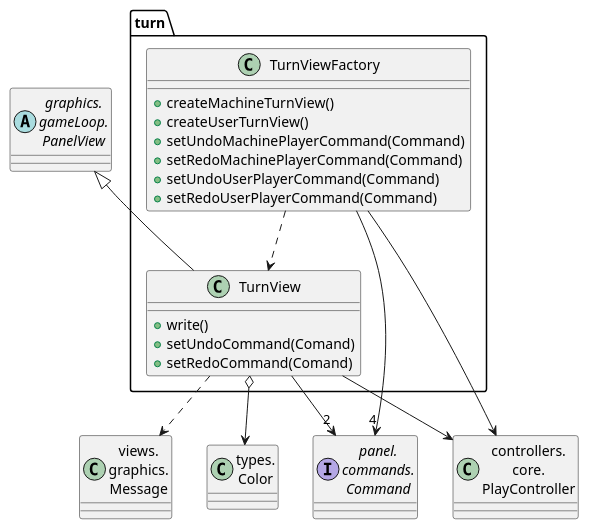
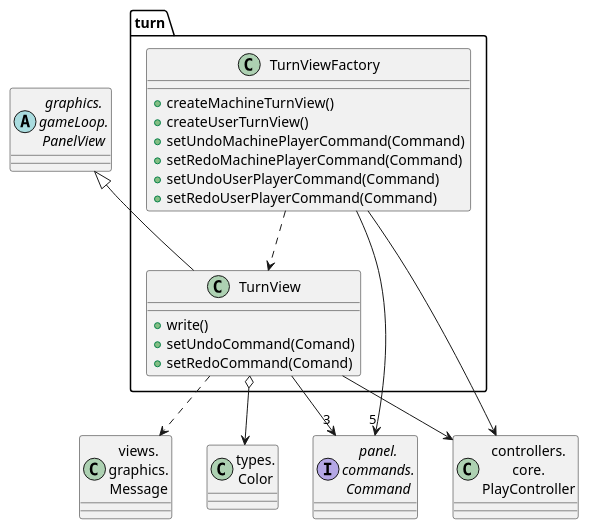
One commit to js-rom/connect4 changed the diagram in connect4/Docs/diagrams/src/packages/connect4.connect4.views.graphics.gameLoop.play.panel.turn.plantuml. Above: the diagram before and after it, drawn with PlantUML. The commit also changed 5 other files, not shown here.

```diff
--- a/connect4/Docs/diagrams/src/packages/connect4.connect4.views.graphics.gameLoop.play.panel.turn.plantuml
+++ b/connect4/Docs/diagrams/src/packages/connect4.connect4.views.graphics.gameLoop.play.panel.turn.plantuml
@@ -1,33 +1,33 @@
 @startuml connect4.connect4.views.graphics.play.panel.turn
 
 class PlayController as "controllers.\ncore.\nPlayController"
 interface Command as "panel.\ncommands.\nCommand"
 class Color as "types.\nColor"
 class Message as "views.\ngraphics.\nMessage"
 abstract class PanelView as "graphics.\ngameLoop.\nPanelView"
 
 class turn.TurnView{
     +write()
     +setUndoCommand(Comand)
     +setRedoCommand(Comand)
 }
 
 class turn.TurnViewFactory{
     +createMachineTurnView()
     +createUserTurnView()
     +setUndoMachinePlayerCommand(Command)
     +setRedoMachinePlayerCommand(Command)
     +setUndoUserPlayerCommand(Command)
     +setRedoUserPlayerCommand(Command)
 }
 
 TurnView --> PlayController
-TurnView --> "2" Command
+TurnView --> "3" Command
 TurnView o--> Color
 TurnView ..> Message
 PanelView <|-- TurnView
 TurnViewFactory --> PlayController
-TurnViewFactory --> "4"Command
+TurnViewFactory --> "5"Command
 TurnViewFactory..> TurnView
 
 @enduml
```
